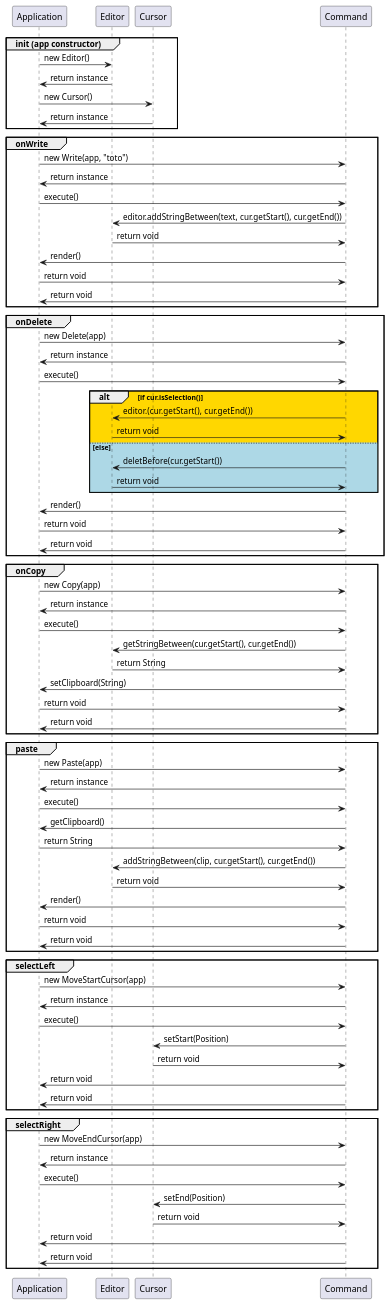
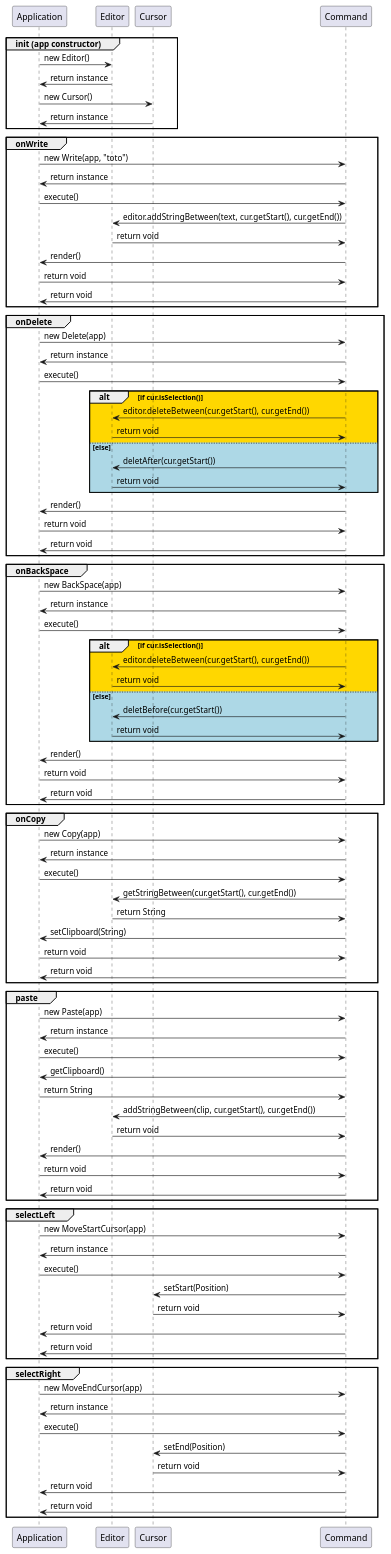
Before and after one commit to CodyAdam/another-useless-text-editor: the second of 6 diagrams in README.md, drawn with PlantUML. The commit also changed other lines of this file, not shown here.

Commit message:
Rename suppr to BackSpace / Update onBackSpace and deleteBetween

```diff
--- a/README.md
+++ b/README.md
@@ -220,7 +220,22 @@
     com -> app: return instance
     app -> com: execute()
     alt #Gold if cur.isSelection()
-        com -> edit: editor.(cur.getStart(), cur.getEnd())
+        com -> edit: editor.deleteBetween(cur.getStart(), cur.getEnd())
+        edit -> com: return void
+    else #LightBlue else
+        com -> edit: deletAfter(cur.getStart())
+        edit -> com: return void
+    end
+    com -> app: render()
+    app -> com: return void
+    com -> app: return void
+end
+group onBackSpace
+    app -> com: new BackSpace(app)
+    com -> app: return instance
+    app -> com: execute()
+    alt #Gold if cur.isSelection()
+        com -> edit: editor.deleteBetween(cur.getStart(), cur.getEnd())
         edit -> com: return void
     else #LightBlue else
         com -> edit: deletBefore(cur.getStart())
```
